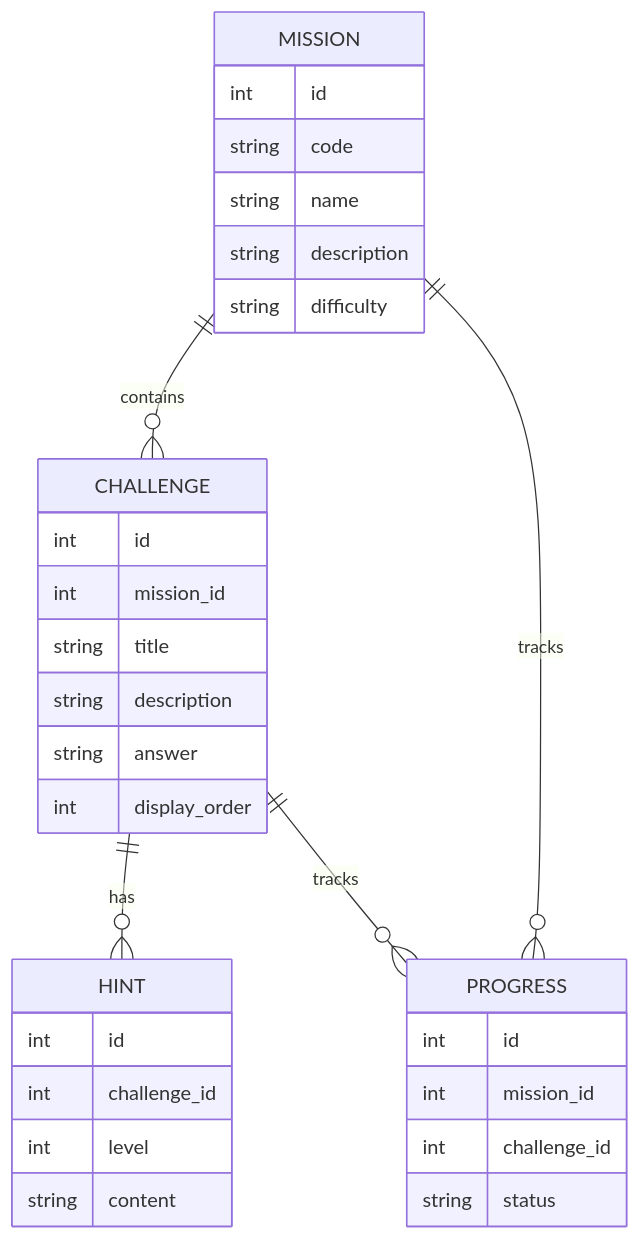
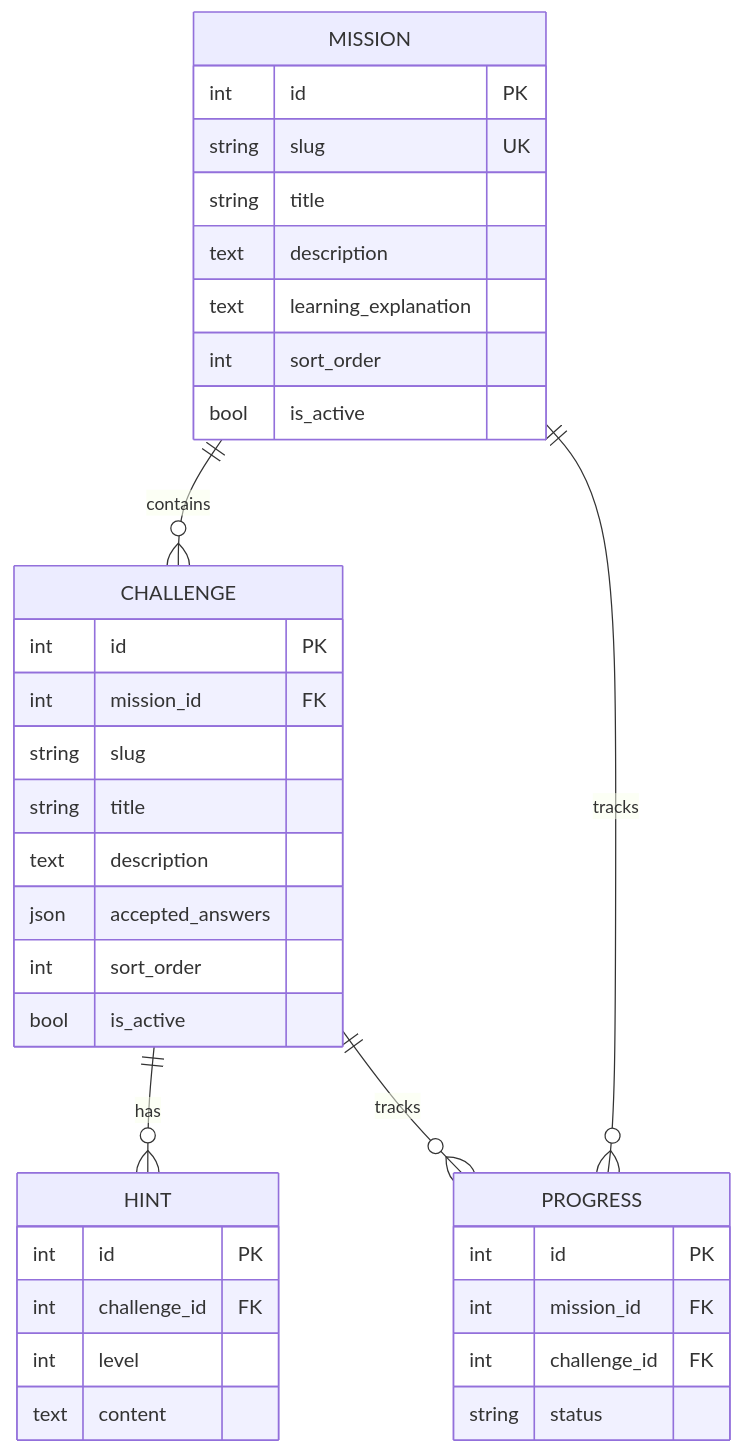
One commit to logical927/offsec-lab changed the second of 2 diagrams in docs/design/basic_design_v0.1.md. Above: the diagram before and after it, drawn with Mermaid. The commit also changed other lines of this file and 7 other files, not shown here.

````diff
--- a/docs/design/basic_design_v0.1.md
+++ b/docs/design/basic_design_v0.1.md
@@ -929,39 +148,39 @@
 ```mermaid
 erDiagram
-
     MISSION ||--o{ CHALLENGE : contains
     CHALLENGE ||--o{ HINT : has
     MISSION ||--o{ PROGRESS : tracks
     CHALLENGE ||--o{ PROGRESS : tracks
 
     MISSION {
-        int id
-        string code
-        string name
-        string description
-        string difficulty
+        int id PK
+        string slug UK
+        string title
+        text description
+        text learning_explanation
+        int sort_order
+        bool is_active
     }
-
     CHALLENGE {
-        int id
-        int mission_id
+        int id PK
+        int mission_id FK
+        string slug
         string title
-        string description
-        string answer
-        int display_order
+        text description
+        json accepted_answers
+        int sort_order
+        bool is_active
     }
-
     HINT {
-        int id
-        int challenge_id
+        int id PK
+        int challenge_id FK
         int level
-        string content
+        text content
     }
-
     PROGRESS {
-        int id
-        int mission_id
-        int challenge_id
+        int id PK
+        int mission_id FK
+        int challenge_id FK
         string status
     }
 ```
````
